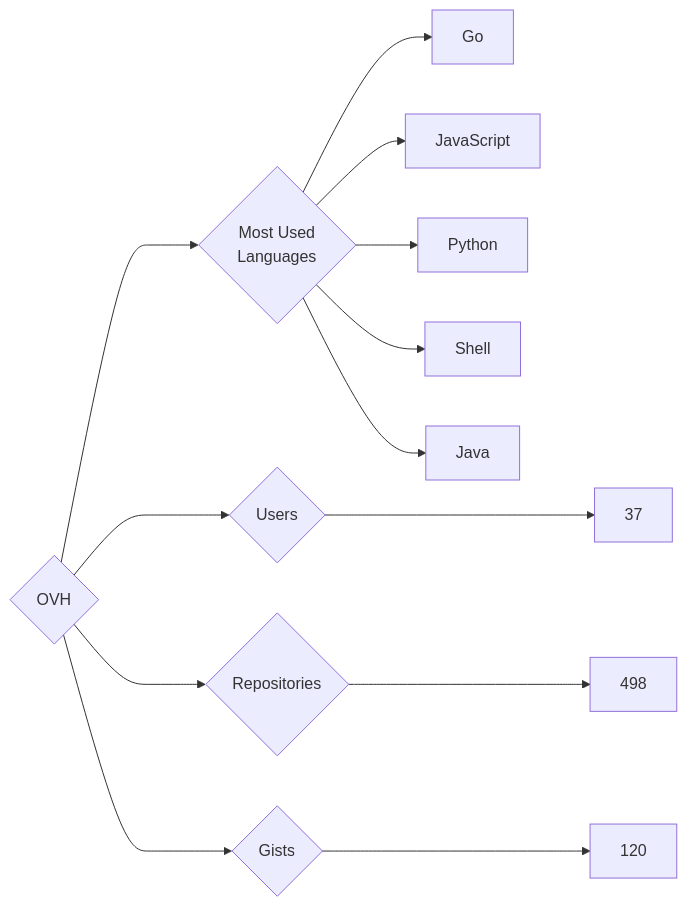
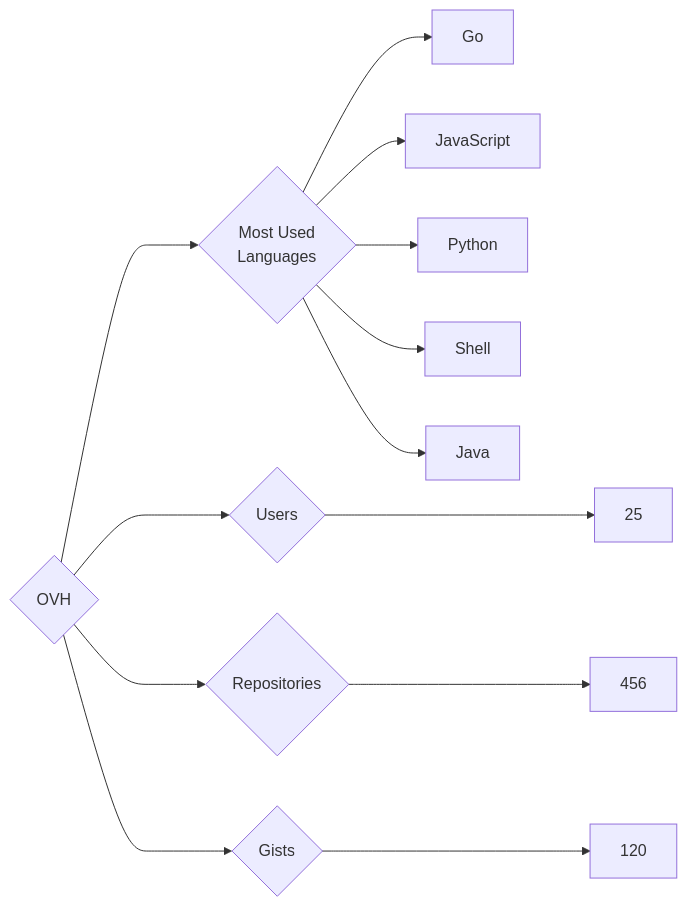
Before and after one commit to trickest/insiders: the diagram in targets/OVH/README.md, drawn with Mermaid. The commit also changed 870 other files, not shown here.

````diff
--- a/targets/OVH/README.md
+++ b/targets/OVH/README.md
@@ -3,13 +3,13 @@
 ```mermaid
 graph LR
 COMPANY_NAME{OVH}
-COMPANY_NAME ---> U{Users} ---> UN[37]
-COMPANY_NAME ---> R{Repositories} ---> RN[498]
+COMPANY_NAME ---> U{Users} ---> UN[25]
+COMPANY_NAME ---> R{Repositories} ---> RN[456]
 COMPANY_NAME ---> G{Gists} ---> GN[120]
 COMPANY_NAME ---> ML{Most Used<br>Languages}
 ML --> Go[Go]
 ML --> JavaScript[JavaScript]
 ML --> Python[Python]
 ML --> Shell[Shell]
 ML --> Java[Java]
 ```
````
